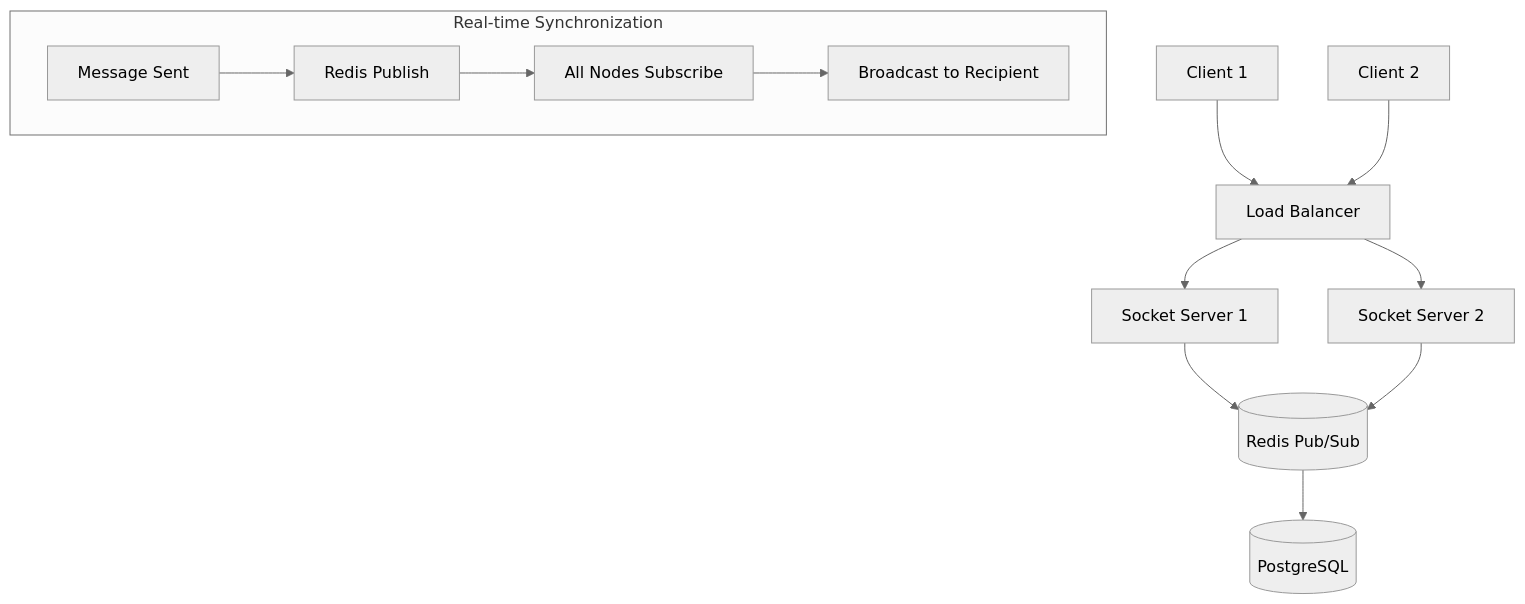
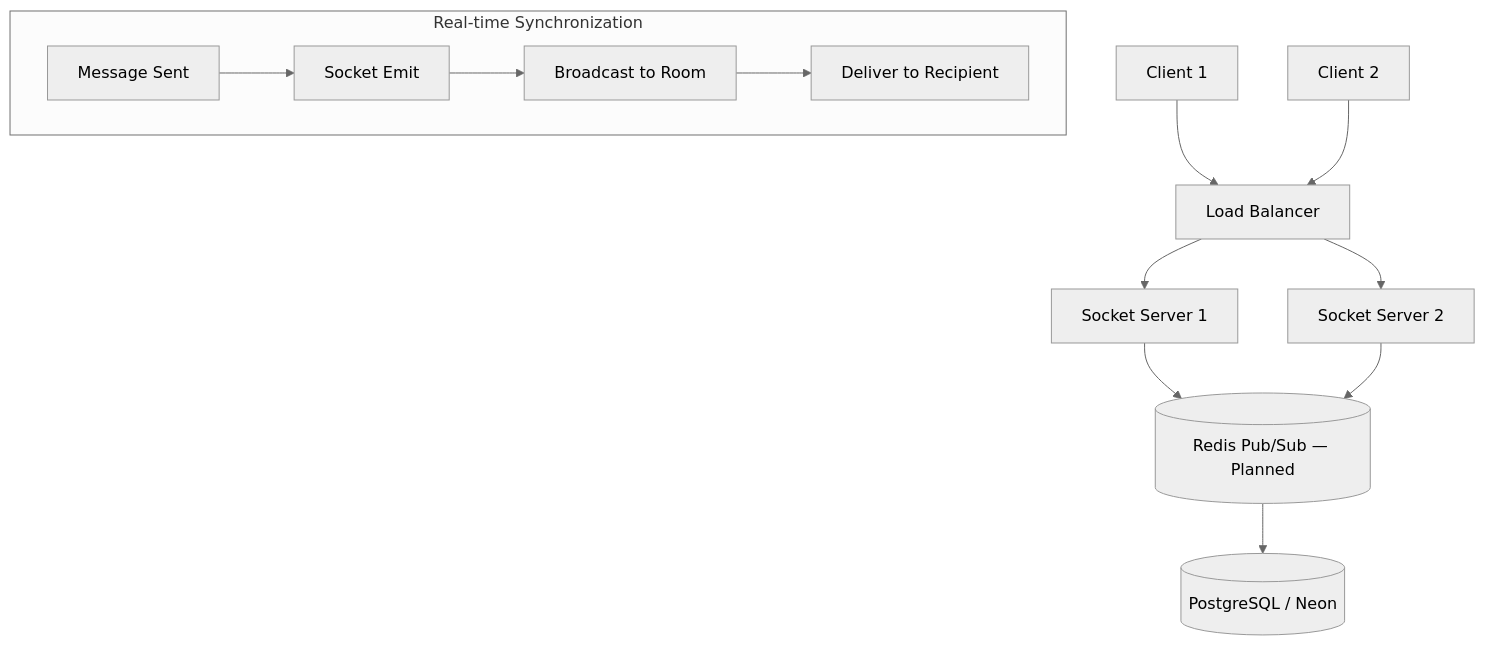
One commit to abdelrhman-hegazy/MailTalk changed the first of 3 diagrams in README.md. Above: the diagram before and after it, drawn with Mermaid (neutral theme). The commit also changed other lines of this file, not shown here.

````diff
--- a/README.md
+++ b/README.md
@@ -44,19 +55,19 @@
 ```mermaid
 graph TB
     Client1[Client 1] --> LB[Load Balancer]
     Client2[Client 2] --> LB
 
     LB --> WS1[Socket Server 1]
     LB --> WS2[Socket Server 2]
 
-    WS1 --> Redis[(Redis Pub/Sub)]
+    WS1 --> Redis[(Redis Pub/Sub — Planned)]
     WS2 --> Redis
 
-    Redis --> DB[(PostgreSQL)]
+    Redis --> DB[(PostgreSQL / Neon)]
 
     subgraph "Real-time Synchronization"
-        A[Message Sent] --> B[Redis Publish]
-        B --> C[All Nodes Subscribe]
-        C --> D[Broadcast to Recipient]
+        A[Message Sent] --> B[Socket Emit]
+        B --> C[Broadcast to Room]
+        C --> D[Deliver to Recipient]
     end
 ```
````
